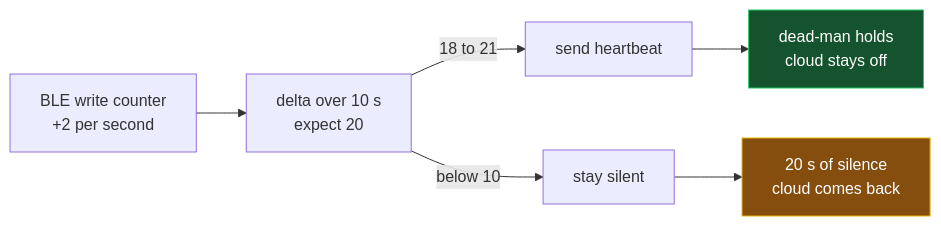
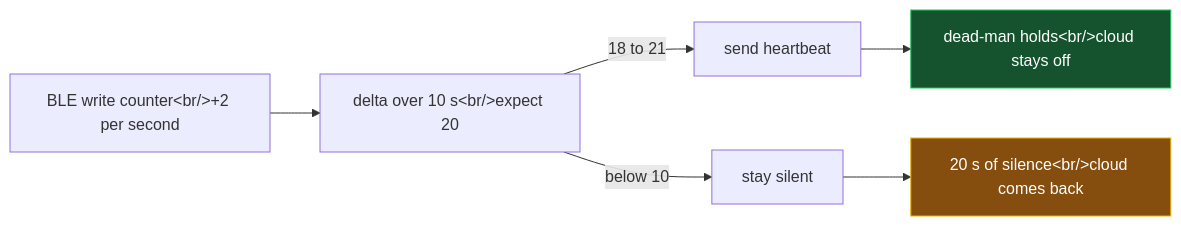
Diagram 16 of 17 in content/posts/ecoflow-zero-export-ble-meter-injection/index.md (phoinixgrr/mastori), drawn with Mermaid before and after one commit. The commit also changed other lines of this file, not shown here.

First line of the commit message:
Escape <br/> and <<enumeration>> inside mermaid blocks

```diff
--- a/content/posts/ecoflow-zero-export-ble-meter-injection/index.md
+++ b/content/posts/ecoflow-zero-export-ble-meter-injection/index.md
@@ -646,11 +646,11 @@
 {{< mermaid >}}
 flowchart LR
-    W["BLE write counter<br/>+2 per second"] --> D["delta over 10 s<br/>expect 20"]
+    W["BLE write counter&lt;br/&gt;+2 per second"] --> D["delta over 10 s&lt;br/&gt;expect 20"]
     D -->|"18 to 21"| H["send heartbeat"]
     D -->|"below 10"| X["stay silent"]
-    H --> M["dead-man holds<br/>cloud stays off"]
-    X --> F["20 s of silence<br/>cloud comes back"]
+    H --> M["dead-man holds&lt;br/&gt;cloud stays off"]
+    X --> F["20 s of silence&lt;br/&gt;cloud comes back"]
 
     style F fill:#854d0e,stroke:#eab308,color:#fff
     style M fill:#14532d,stroke:#22c55e,color:#fff
 {{< /mermaid >}}
```
